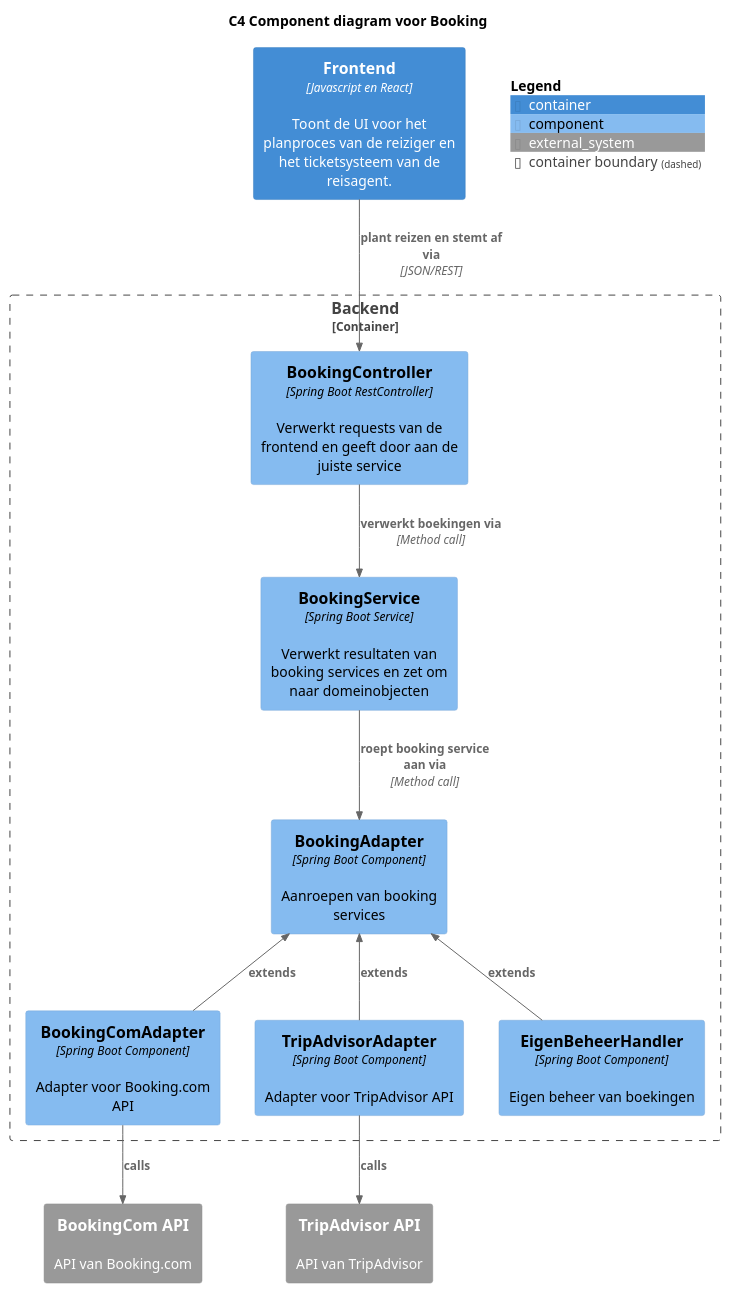
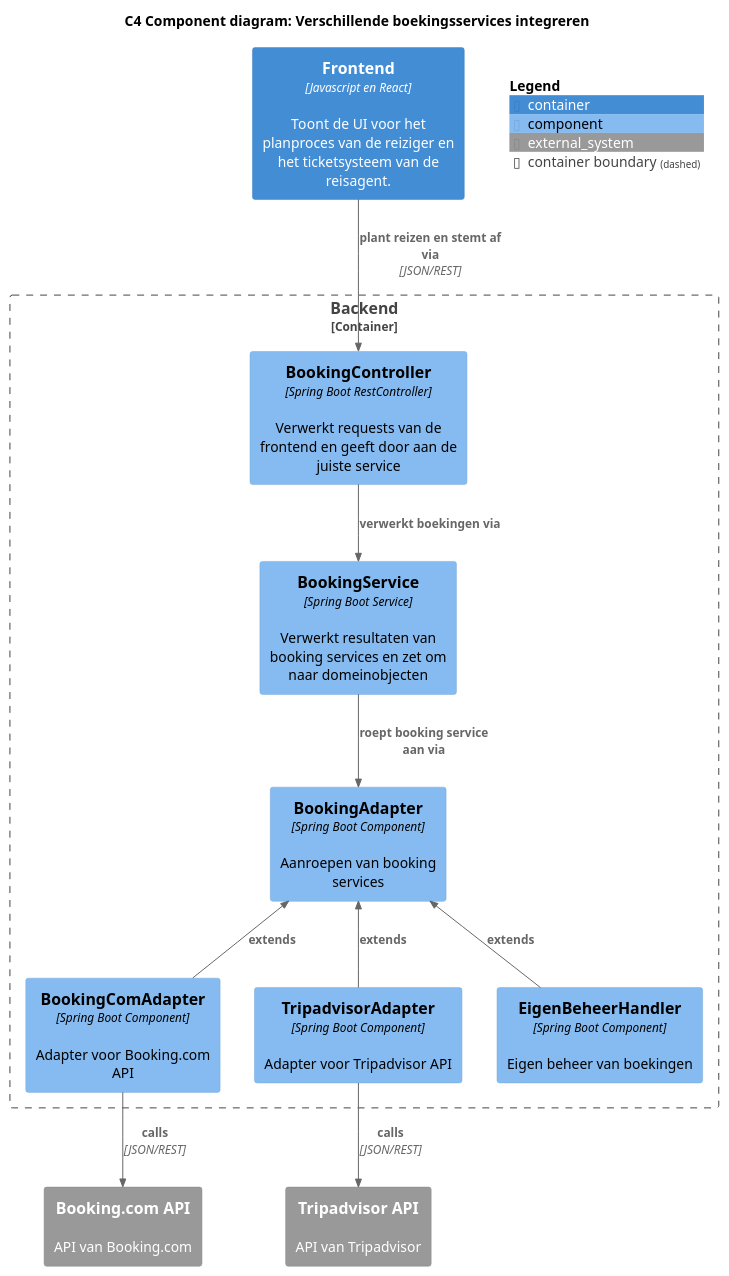
The diagram in software-guidebook/sgb-bestanden/ontwerpvragen/Modifiability - Component diagram.puml (AIM-ENE-feb25/triptop-groep-4-jochem-roald-stijn-a), drawn with PlantUML before and after one commit. The commit also changed 19 other files, not shown here.

First line of the commit message:
Alle diagrammen rechtgetrokken

```diff
--- a/software-guidebook/sgb-bestanden/ontwerpvragen/Modifiability - Component diagram.puml
+++ b/software-guidebook/sgb-bestanden/ontwerpvragen/Modifiability - Component diagram.puml
@@ -1,33 +1,33 @@
 @startuml
-title C4 Component diagram voor Booking
+title C4 Component diagram: Verschillende boekingsservices integreren
 !include <C4/C4_Component.puml>
 top to bottom direction
 
 
 Container(Frontend, "Frontend", "Javascript en React", "Toont de UI voor het planproces van de reiziger en het ticketsysteem van de reisagent.")
 
 
 Container_Boundary(backend, "Backend") {
 Component(bookingController, "BookingController", "Spring Boot RestController", "Verwerkt requests van de frontend en geeft door aan de juiste service")
 Component(bookingService, "BookingService", "Spring Boot Service", "Verwerkt resultaten van booking services en zet om naar domeinobjecten")
 Component(bookingAdapter, "BookingAdapter", "Spring Boot Component", "Aanroepen van booking services")
 Component(BookingComAdapter, "BookingComAdapter", "Spring Boot Component", "Adapter voor Booking.com API")
-Component(tripAdvisorAdapter, "TripAdvisorAdapter", "Spring Boot Component", "Adapter voor TripAdvisor API")
+Component(tripAdvisorAdapter, "TripadvisorAdapter", "Spring Boot Component", "Adapter voor Tripadvisor API")
 Component(eigenBeheerHandler, "EigenBeheerHandler", "Spring Boot Component", "Eigen beheer van boekingen")
 }
-System_Ext(bookingComApi, "BookingCom API", "API van Booking.com")
-System_Ext(tripAdvisorApi, "TripAdvisor API", "API van TripAdvisor")
+System_Ext(bookingComApi, "Booking.com API", "API van Booking.com")
+System_Ext(tripAdvisorApi, "Tripadvisor API", "API van Tripadvisor")
 
 Rel(Frontend, bookingController, "plant reizen en stemt af via", "JSON/REST")
-Rel(bookingController, bookingService, "verwerkt boekingen via", "Method call")
-Rel(bookingService, bookingAdapter, "roept booking service aan via", "Method call")
+Rel(bookingController, bookingService, "verwerkt boekingen via")
+Rel(bookingService, bookingAdapter, "roept booking service aan via")
 Rel_U(BookingComAdapter, bookingAdapter, "extends")
 Rel_U(tripAdvisorAdapter, bookingAdapter, "extends")
 Rel_U(eigenBeheerHandler, bookingAdapter, "extends")
-Rel(BookingComAdapter, bookingComApi, "calls")
-Rel(tripAdvisorAdapter, tripAdvisorApi, "calls")
+Rel(BookingComAdapter, bookingComApi, "calls", "JSON/REST")
+Rel(tripAdvisorAdapter, tripAdvisorApi, "calls", "JSON/REST")
 
 
 SHOW_FLOATING_LEGEND()
 
 @enduml
```
